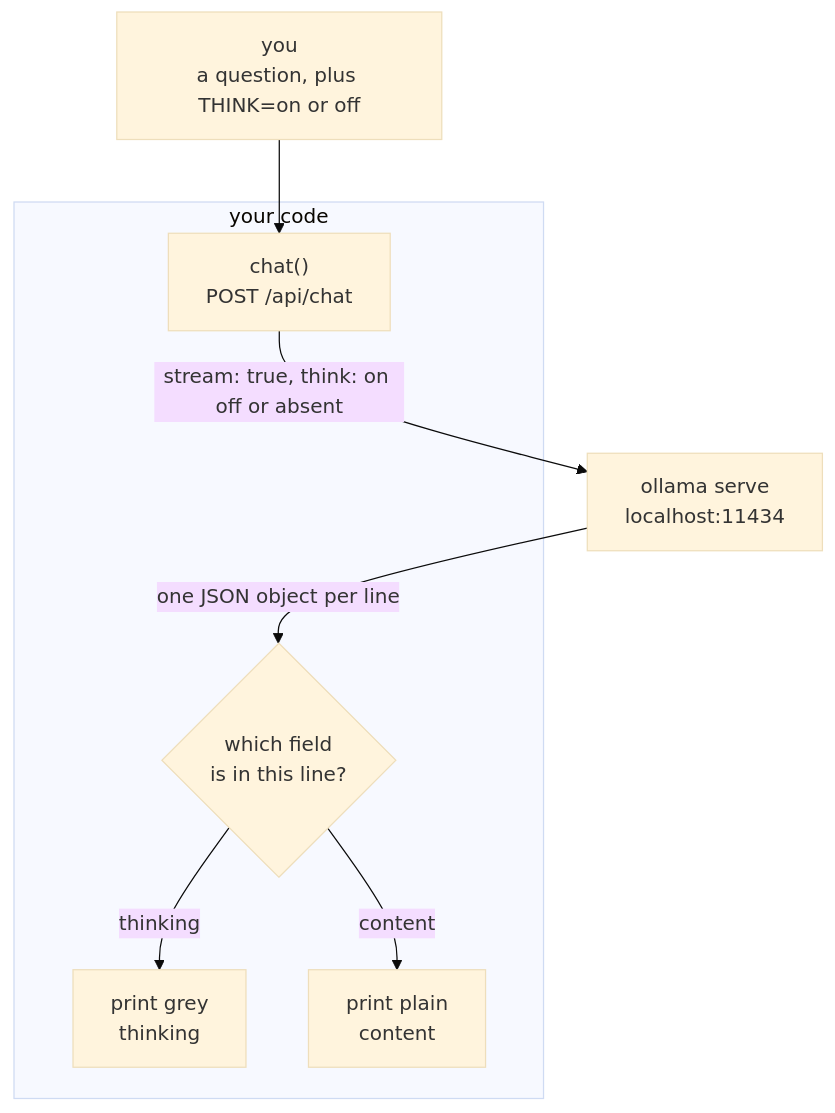
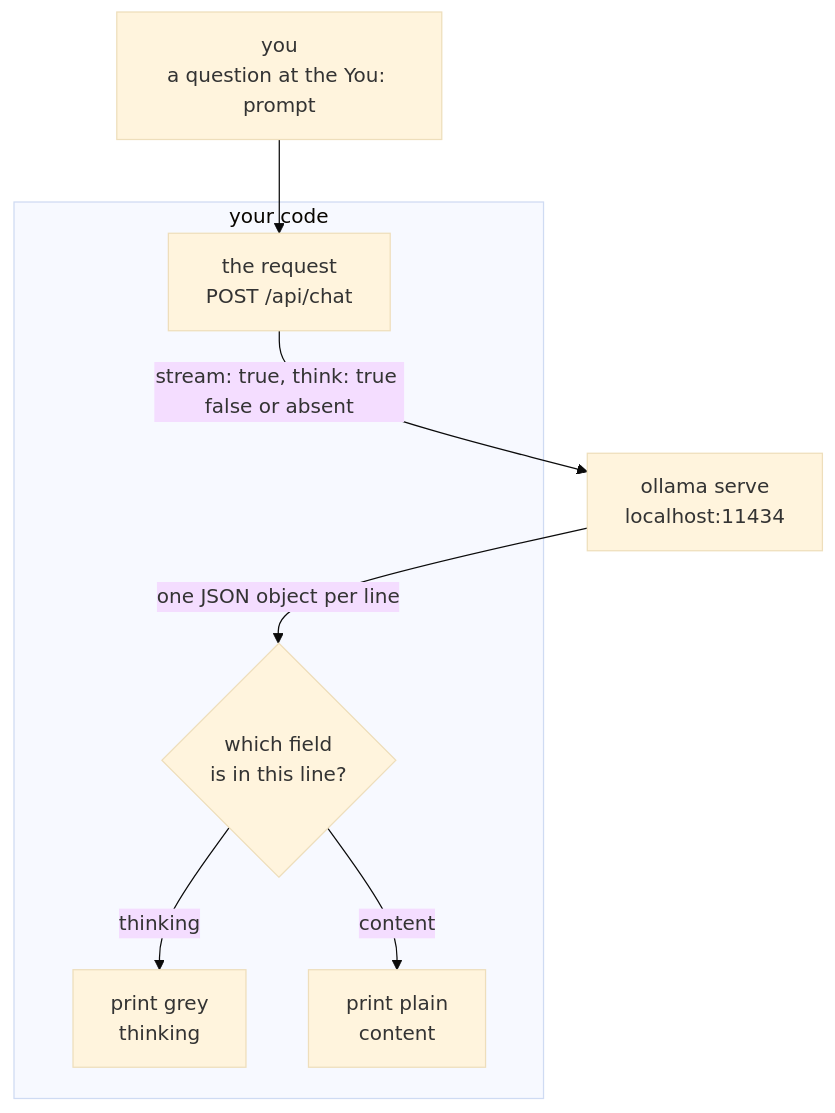
The diagram in chapters/01.A-thinking/README.md (BaiGanio/ai-agents-1on1), drawn with Mermaid (base theme) before and after one commit. The commit also changed other lines of this file and 25 other files, not shown here.

````diff
--- a/chapters/01.A-thinking/README.md
+++ b/chapters/01.A-thinking/README.md
@@ -59,14 +70,14 @@
 ```mermaid
 flowchart TD
-    YOU["you<br/>a question, plus THINK=on or off"] --> APP
+    YOU["you<br/>a question at the You: prompt"] --> APP
     subgraph app["your code"]
-        APP["chat()<br/>POST /api/chat"]
+        APP["the request<br/>POST /api/chat"]
         SPLIT{"which field<br/>is in this line?"}
         GREY["print grey<br/>thinking"]
         PLAIN["print plain<br/>content"]
     end
-    APP -->|"stream: true, think: on off or absent"| OLLAMA["ollama serve<br/>localhost:11434"]
+    APP -->|"stream: true, think: true false or absent"| OLLAMA["ollama serve<br/>localhost:11434"]
     OLLAMA -->|"one JSON object per line"| SPLIT
     SPLIT -->|"thinking"| GREY
     SPLIT -->|"content"| PLAIN
 ```
````
